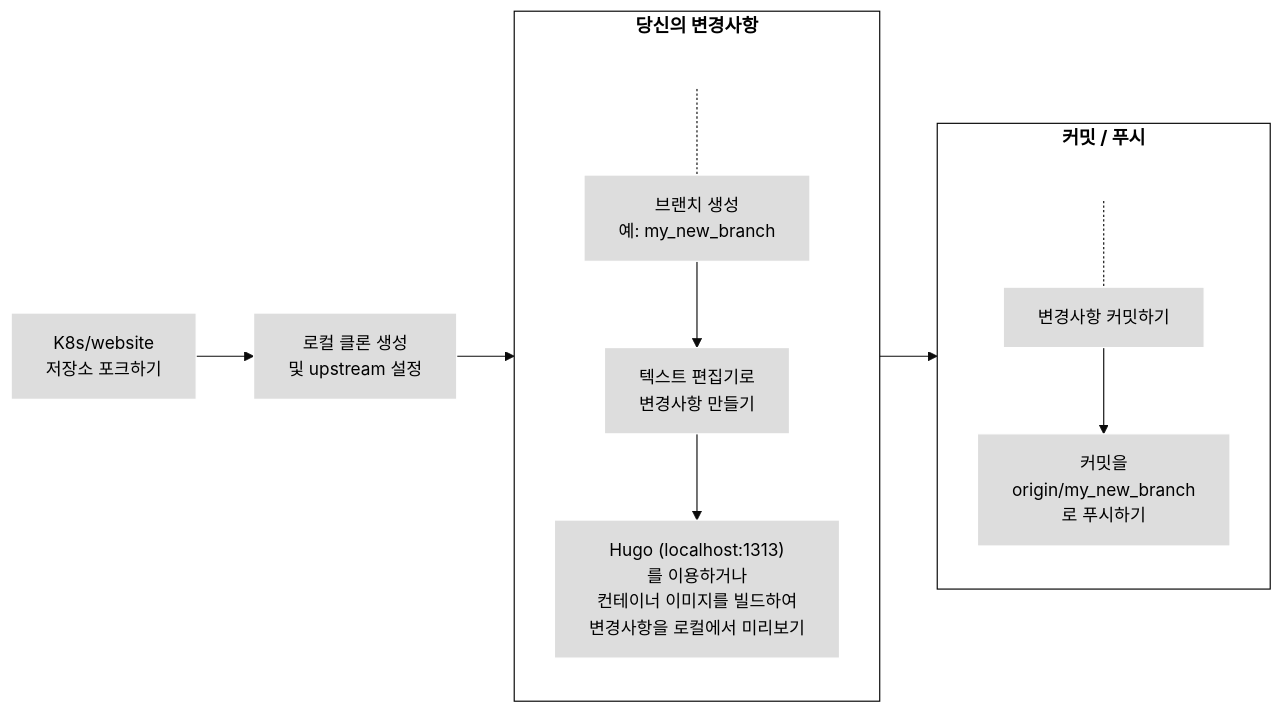
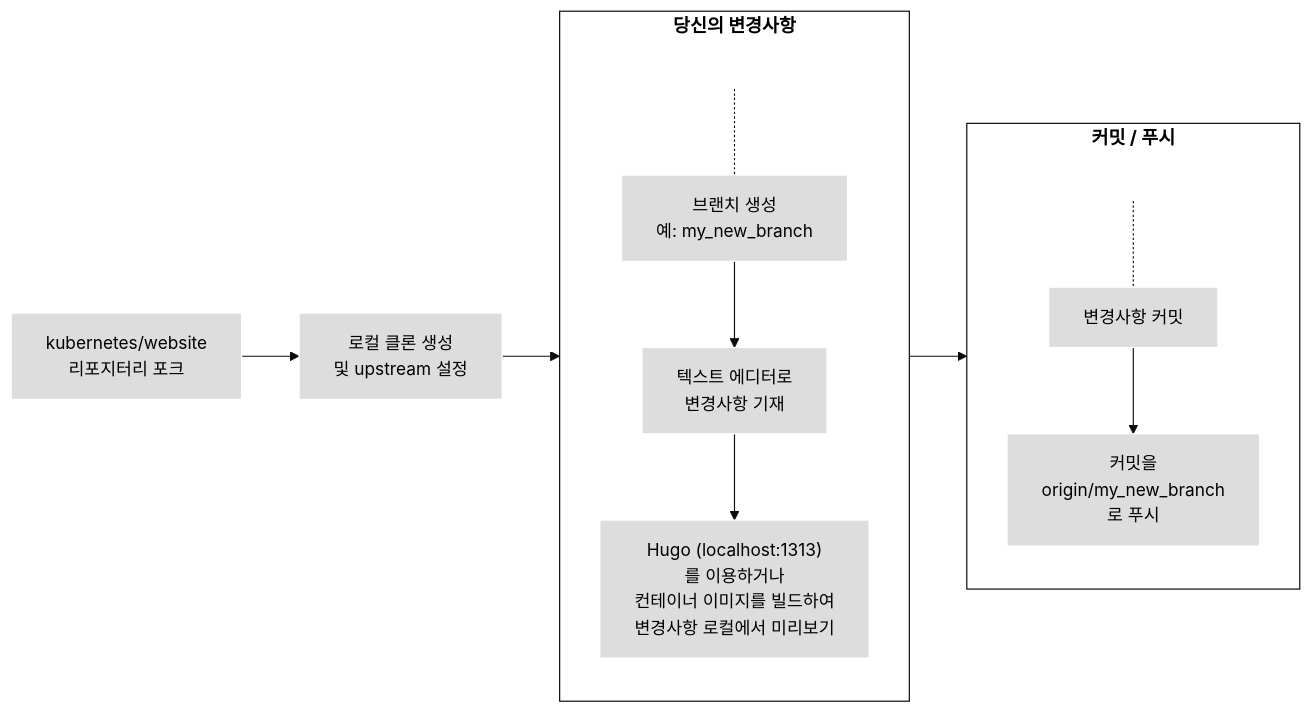
Before and after one commit to kubernetes/website: the second of 3 diagrams in content/ko/docs/contribute/new-content/open-a-pr.md, drawn with Mermaid (base theme). The commit also changed other lines of this file, not shown here.

```diff
--- a/content/ko/docs/contribute/new-content/open-a-pr.md
+++ b/content/ko/docs/contribute/new-content/open-a-pr.md
@@ -133,24 +133,24 @@
 {{< mermaid >}}
 flowchart LR
-1[K8s/website<br>저장소 포크하기] --> 2[로컬 클론 생성<br>및 upstream 설정]
+1[kubernetes/website<br>리포지터리 포크] --> 2[로컬 클론 생성<br>및 upstream 설정]
 subgraph changes[당신의 변경사항]
 direction TB
 S[ ] -.-
-3[브랜치 생성<br>예: my_new_branch] --> 3a[텍스트 편집기로<br>변경사항 만들기] --> 4["Hugo (localhost:1313)<br>를 이용하거나<br>컨테이너 이미지를 빌드하여<br>변경사항을 로컬에서 미리보기"]
+3[브랜치 생성<br>예: my_new_branch] --> 3a[텍스트 에디터로<br>변경사항 기재] --> 4["Hugo (localhost:1313)<br>를 이용하거나<br>컨테이너 이미지를 빌드하여<br>변경사항 로컬에서 미리보기"]
 end
 subgraph changes2[커밋 / 푸시]
 direction TB
 T[ ] -.-
-5[변경사항 커밋하기] --> 6[커밋을<br>origin/my_new_branch<br>로 푸시하기]
+5[변경사항 커밋] --> 6[커밋을<br>origin/my_new_branch<br>로 푸시]
 end
 
 2 --> changes --> changes2
 
 classDef grey fill:#dddddd,stroke:#ffffff,stroke-width:px,color:#000000, font-size:15px;
 classDef white fill:#ffffff,stroke:#000,stroke-width:px,color:#000,font-weight:bold
 classDef k8s fill:#326ce5,stroke:#fff,stroke-width:1px,color:#fff;
 classDef spacewhite fill:#ffffff,stroke:#fff,stroke-width:0px,color:#000
 class 1,2,3,3a,4,5,6 grey
 class S,T spacewhite
 class changes,changes2 white
 {{</ mermaid >}}
```
